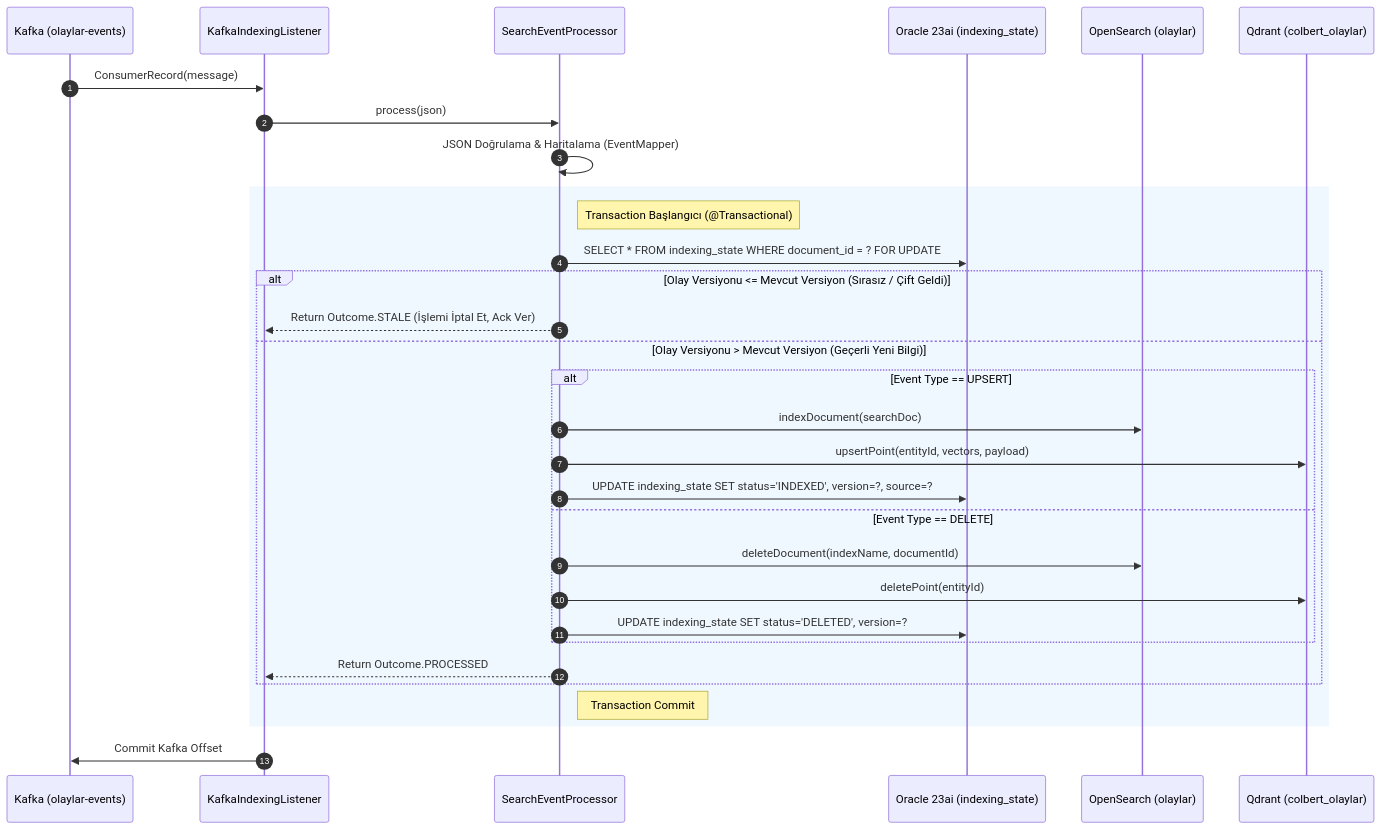
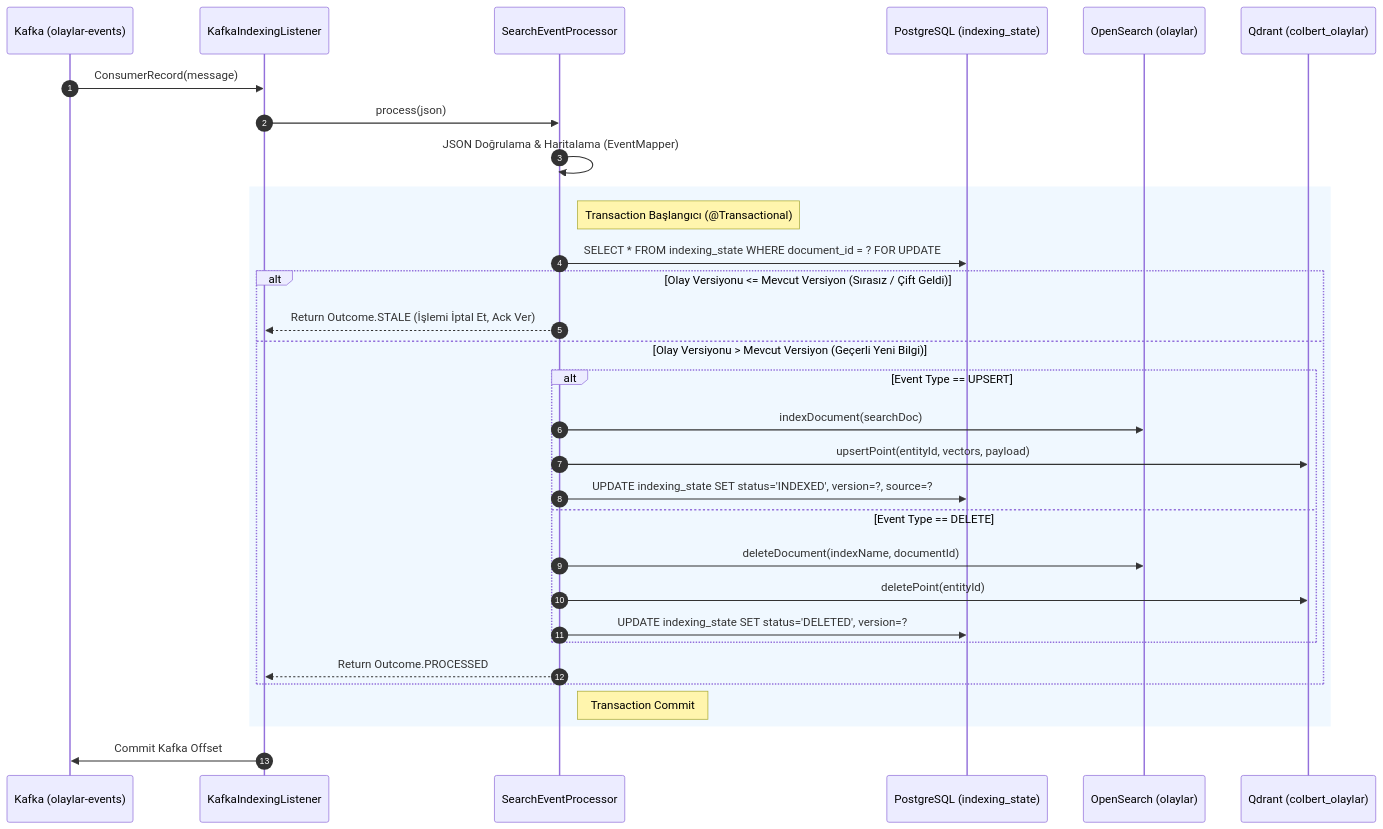
Before and after one commit to muhammetcetinalp/semantic-seacrh: the diagram in KAFKA_VE_OLAY_AKISI_README.md, drawn with Mermaid. The commit also changed other lines of this file and 147 other files, not shown here.

````diff
--- a/KAFKA_VE_OLAY_AKISI_README.md
+++ b/KAFKA_VE_OLAY_AKISI_README.md
@@ -69,35 +69,35 @@
 ```mermaid
 sequenceDiagram
     autonumber
     participant K as Kafka (olaylar-events)
     participant L as KafkaIndexingListener
     participant P as SearchEventProcessor
-    participant O as Oracle 23ai (indexing_state)
+    participant O as PostgreSQL (indexing_state)
     participant OS as OpenSearch (olaylar)
     participant Q as Qdrant (colbert_olaylar)
 
     K->>L: ConsumerRecord(message)
     L->>P: process(json)
     P->>P: JSON Doğrulama & Haritalama (EventMapper)
     
     rect rgb(240, 248, 255)
         note right of P: Transaction Başlangıcı (@Transactional)
         P->>O: SELECT * FROM indexing_state WHERE document_id = ? FOR UPDATE
         alt Olay Versiyonu <= Mevcut Versiyon (Sırasız / Çift Geldi)
             P-->>L: Return Outcome.STALE (İşlemi İptal Et, Ack Ver)
         else Olay Versiyonu > Mevcut Versiyon (Geçerli Yeni Bilgi)
             alt Event Type == UPSERT
                 P->>OS: indexDocument(searchDoc)
                 P->>Q: upsertPoint(entityId, vectors, payload)
                 P->>O: UPDATE indexing_state SET status='INDEXED', version=?, source=?
             else Event Type == DELETE
                 P->>OS: deleteDocument(indexName, documentId)
                 P->>Q: deletePoint(entityId)
                 P->>O: UPDATE indexing_state SET status='DELETED', version=?
             end
             P-->>L: Return Outcome.PROCESSED
         end
         note right of P: Transaction Commit
     end
     L->>K: Commit Kafka Offset
 ```
````
